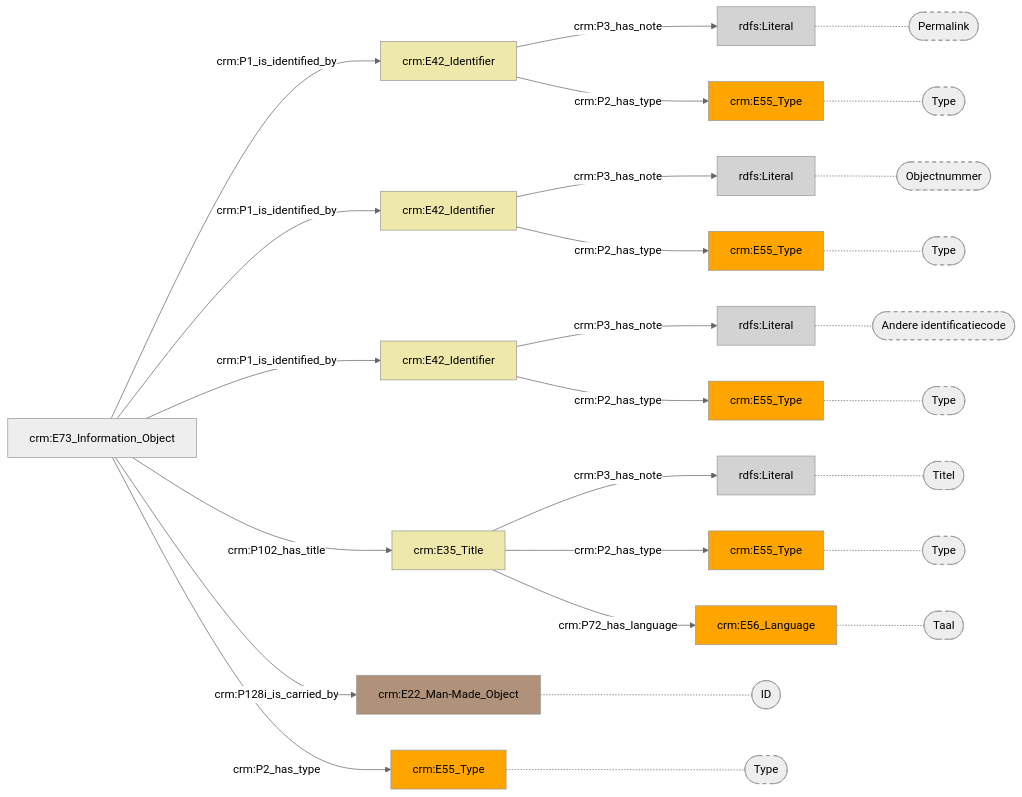
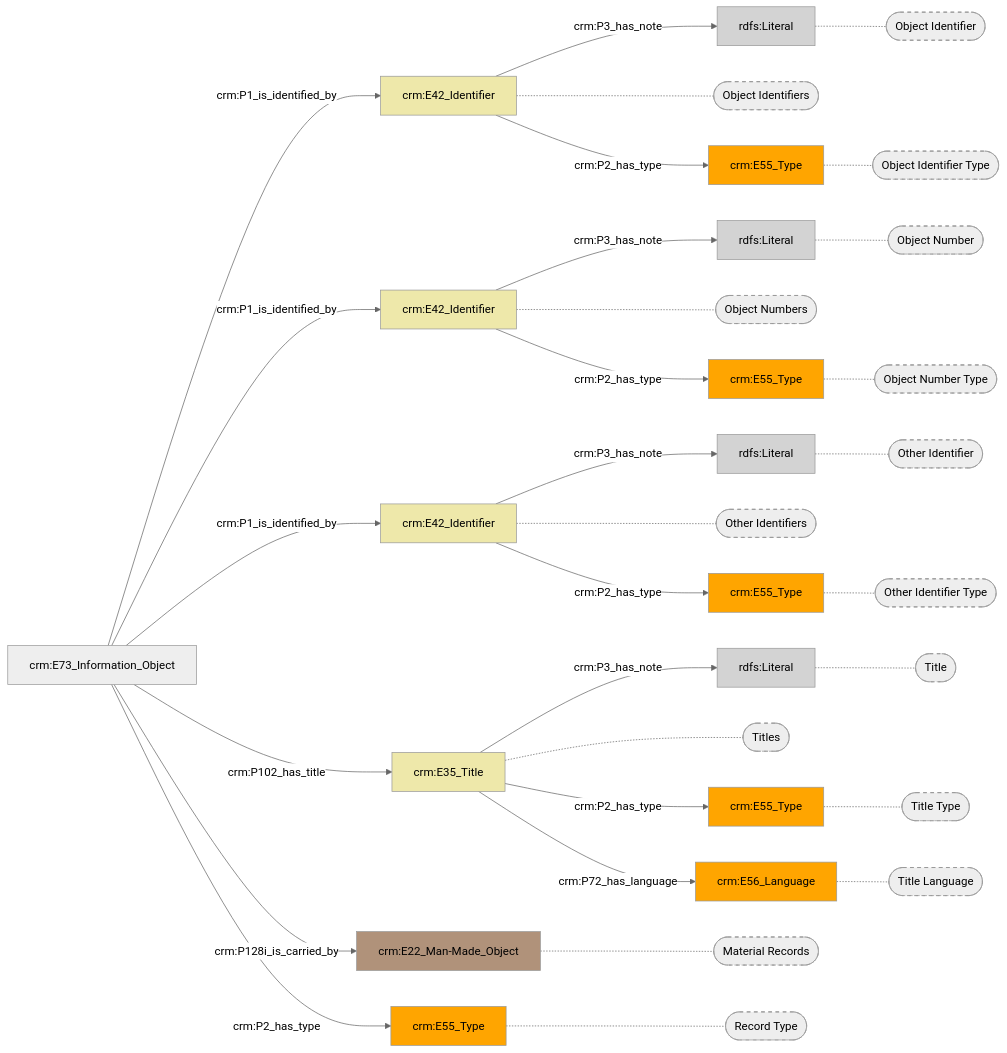
Before and after one commit to digipolisantwerpdocumentation/antwerp-cultureel-erfgoed: the diagram in docs/content/modellen/ArchiefItemImmaterieel/Identificatie.md, drawn with Mermaid (neutral theme). The commit also changed 167 other files, not shown here.

````diff
--- a/docs/content/modellen/ArchiefItemImmaterieel/Identificatie.md
+++ b/docs/content/modellen/ArchiefItemImmaterieel/Identificatie.md
@@ -1,55 +1,63 @@
 ```mermaid
 graph LR
 2f6249d8-a5fe-11ec-b19f-9cf387da2c40["crm:E42_Identifier"]-->|"crm:P3_has_note"|2f636cc8-a5fe-11ec-b19f-9cf387da2c40(rdfs:Literal)
 2f6286f0-a5fe-11ec-b19f-9cf387da2c40["crm:E42_Identifier"]-->|"crm:P3_has_note"|2f6379a2-a5fe-11ec-b19f-9cf387da2c40(rdfs:Literal)
 2f62eca8-a5fe-11ec-b19f-9cf387da2c40["crm:E42_Identifier"]-->|"crm:P3_has_note"|2f63a1ac-a5fe-11ec-b19f-9cf387da2c40(rdfs:Literal)
 2f634a2c-a5fe-11ec-b19f-9cf387da2c40["crm:E35_Title"]-->|"crm:P3_has_note"|2f635ac6-a5fe-11ec-b19f-9cf387da2c40(rdfs:Literal)
-2f636e08-a5fe-11ec-b19f-9cf387da2c40["crm:E55_Type"]-.-2f636e08-a5fe-11ec-b19f-9cf387da2c40_s(["Type"])
-2f636cc8-a5fe-11ec-b19f-9cf387da2c40["rdfs:Literal"]-.-2f636cc8-a5fe-11ec-b19f-9cf387da2c40_s(["Permalink"])
-2f637902-a5fe-11ec-b19f-9cf387da2c40["crm:E55_Type"]-.-2f637902-a5fe-11ec-b19f-9cf387da2c40_s(["Type"])
-2f6379a2-a5fe-11ec-b19f-9cf387da2c40["rdfs:Literal"]-.-2f6379a2-a5fe-11ec-b19f-9cf387da2c40_s(["Objectnummer"])
-2f63a102-a5fe-11ec-b19f-9cf387da2c40["crm:E55_Type"]-.-2f63a102-a5fe-11ec-b19f-9cf387da2c40_s(["Type"])
-2f63a1ac-a5fe-11ec-b19f-9cf387da2c40["rdfs:Literal"]-.-2f63a1ac-a5fe-11ec-b19f-9cf387da2c40_s(["Andere identificatiecode"])
-2f635c42-a5fe-11ec-b19f-9cf387da2c40["crm:E55_Type"]-.-2f635c42-a5fe-11ec-b19f-9cf387da2c40_s(["Type"])
-2f635ac6-a5fe-11ec-b19f-9cf387da2c40["rdfs:Literal"]-.-2f635ac6-a5fe-11ec-b19f-9cf387da2c40_s(["Titel"])
-2f6387a8-a5fe-11ec-b19f-9cf387da2c40["crm:E56_Language"]-.-2f6387a8-a5fe-11ec-b19f-9cf387da2c40_s(["Taal"])
-2f630f30-a5fe-11ec-b19f-9cf387da2c40["crm:E22_Man-Made_Object"]-.-2f630f30-a5fe-11ec-b19f-9cf387da2c40_s(["ID"])
-2f62577a-a5fe-11ec-b19f-9cf387da2c40["crm:E55_Type"]-.-2f62577a-a5fe-11ec-b19f-9cf387da2c40_s(["Type"])
-style 2f636e08-a5fe-11ec-b19f-9cf387da2c40_s stroke-dasharray: 5
-style 2f636cc8-a5fe-11ec-b19f-9cf387da2c40_s stroke-dasharray: 5
-style 2f637902-a5fe-11ec-b19f-9cf387da2c40_s stroke-dasharray: 5
-style 2f6379a2-a5fe-11ec-b19f-9cf387da2c40_s stroke-dasharray: 5
-style 2f63a102-a5fe-11ec-b19f-9cf387da2c40_s stroke-dasharray: 5
-style 2f63a1ac-a5fe-11ec-b19f-9cf387da2c40_s stroke-dasharray: 5
-style 2f635c42-a5fe-11ec-b19f-9cf387da2c40_s stroke-dasharray: 5
-style 2f635ac6-a5fe-11ec-b19f-9cf387da2c40_s stroke-dasharray: 5
-style 2f6387a8-a5fe-11ec-b19f-9cf387da2c40_s stroke-dasharray: 5
-style 2f630f30-a5fe-11ec-b19f-9cf387da2c40_s stroke-dasharray: 5
-style 2f62577a-a5fe-11ec-b19f-9cf387da2c40_s stroke-dasharray: 5
+2f636e08-a5fe-11ec-b19f-9cf387da2c40["crm:E55_Type"]-.-2f636e08-a5fe-11ec-b19f-9cf387da2c40_s(["Object Identifier Type"])
+2f636cc8-a5fe-11ec-b19f-9cf387da2c40["rdfs:Literal"]-.-2f636cc8-a5fe-11ec-b19f-9cf387da2c40_s(["Object Identifier"])
+2f637902-a5fe-11ec-b19f-9cf387da2c40["crm:E55_Type"]-.-2f637902-a5fe-11ec-b19f-9cf387da2c40_s(["Object Number Type"])
+2f6379a2-a5fe-11ec-b19f-9cf387da2c40["rdfs:Literal"]-.-2f6379a2-a5fe-11ec-b19f-9cf387da2c40_s(["Object Number"])
+2f63a102-a5fe-11ec-b19f-9cf387da2c40["crm:E55_Type"]-.-2f63a102-a5fe-11ec-b19f-9cf387da2c40_s(["Other Identifier Type"])
+2f63a1ac-a5fe-11ec-b19f-9cf387da2c40["rdfs:Literal"]-.-2f63a1ac-a5fe-11ec-b19f-9cf387da2c40_s(["Other Identifier"])
+2f635c42-a5fe-11ec-b19f-9cf387da2c40["crm:E55_Type"]-.-2f635c42-a5fe-11ec-b19f-9cf387da2c40_s(["Title Type"])
+2f635ac6-a5fe-11ec-b19f-9cf387da2c40["rdfs:Literal"]-.-2f635ac6-a5fe-11ec-b19f-9cf387da2c40_s(["Title"])
+2f6387a8-a5fe-11ec-b19f-9cf387da2c40["crm:E56_Language"]-.-2f6387a8-a5fe-11ec-b19f-9cf387da2c40_s(["Title Language"])
+2f6249d8-a5fe-11ec-b19f-9cf387da2c40["crm:E42_Identifier"]-.-2f6249d8-a5fe-11ec-b19f-9cf387da2c40_s(["Object Identifiers"])
+2f6286f0-a5fe-11ec-b19f-9cf387da2c40["crm:E42_Identifier"]-.-2f6286f0-a5fe-11ec-b19f-9cf387da2c40_s(["Object Numbers"])
+2f62eca8-a5fe-11ec-b19f-9cf387da2c40["crm:E42_Identifier"]-.-2f62eca8-a5fe-11ec-b19f-9cf387da2c40_s(["Other Identifiers"])
+2f634a2c-a5fe-11ec-b19f-9cf387da2c40["crm:E35_Title"]-.-2f634a2c-a5fe-11ec-b19f-9cf387da2c40_s(["Titles"])
+2f630f30-a5fe-11ec-b19f-9cf387da2c40["crm:E22_Man-Made_Object"]-.-2f630f30-a5fe-11ec-b19f-9cf387da2c40_s(["Material Records"])
+2f62577a-a5fe-11ec-b19f-9cf387da2c40["crm:E55_Type"]-.-2f62577a-a5fe-11ec-b19f-9cf387da2c40_s(["Record Type"])
 2f6249d8-a5fe-11ec-b19f-9cf387da2c40["crm:E42_Identifier"]-->|"crm:P2_has_type"|2f636e08-a5fe-11ec-b19f-9cf387da2c40["crm:E55_Type"]
 2f6286f0-a5fe-11ec-b19f-9cf387da2c40["crm:E42_Identifier"]-->|"crm:P2_has_type"|2f637902-a5fe-11ec-b19f-9cf387da2c40["crm:E55_Type"]
 2f62eca8-a5fe-11ec-b19f-9cf387da2c40["crm:E42_Identifier"]-->|"crm:P2_has_type"|2f63a102-a5fe-11ec-b19f-9cf387da2c40["crm:E55_Type"]
 2f634a2c-a5fe-11ec-b19f-9cf387da2c40["crm:E35_Title"]-->|"crm:P2_has_type"|2f635c42-a5fe-11ec-b19f-9cf387da2c40["crm:E55_Type"]
 2f634a2c-a5fe-11ec-b19f-9cf387da2c40["crm:E35_Title"]-->|"crm:P72_has_language"|2f6387a8-a5fe-11ec-b19f-9cf387da2c40["crm:E56_Language"]
 2f63ae40-a5fe-11ec-b19f-9cf387da2c40["crm:E73_Information_Object"]-->|"crm:P1_is_identified_by"|2f6249d8-a5fe-11ec-b19f-9cf387da2c40["crm:E42_Identifier"]
 2f63ae40-a5fe-11ec-b19f-9cf387da2c40["crm:E73_Information_Object"]-->|"crm:P1_is_identified_by"|2f6286f0-a5fe-11ec-b19f-9cf387da2c40["crm:E42_Identifier"]
 2f63ae40-a5fe-11ec-b19f-9cf387da2c40["crm:E73_Information_Object"]-->|"crm:P1_is_identified_by"|2f62eca8-a5fe-11ec-b19f-9cf387da2c40["crm:E42_Identifier"]
 2f63ae40-a5fe-11ec-b19f-9cf387da2c40["crm:E73_Information_Object"]-->|"crm:P102_has_title"|2f634a2c-a5fe-11ec-b19f-9cf387da2c40["crm:E35_Title"]
 2f63ae40-a5fe-11ec-b19f-9cf387da2c40["crm:E73_Information_Object"]-->|"crm:P128i_is_carried_by"|2f630f30-a5fe-11ec-b19f-9cf387da2c40["crm:E22_Man-Made_Object"]
 2f63ae40-a5fe-11ec-b19f-9cf387da2c40["crm:E73_Information_Object"]-->|"crm:P2_has_type"|2f62577a-a5fe-11ec-b19f-9cf387da2c40["crm:E55_Type"]
 style 2f6249d8-a5fe-11ec-b19f-9cf387da2c40 fill:#EEE8AA
 style 2f62577a-a5fe-11ec-b19f-9cf387da2c40 fill:#ffa500
 style 2f6286f0-a5fe-11ec-b19f-9cf387da2c40 fill:#EEE8AA
 style 2f62eca8-a5fe-11ec-b19f-9cf387da2c40 fill:#EEE8AA
 style 2f630f30-a5fe-11ec-b19f-9cf387da2c40 fill:#B0927A
 style 2f634a2c-a5fe-11ec-b19f-9cf387da2c40 fill:#EEE8AA
 style 2f635ac6-a5fe-11ec-b19f-9cf387da2c40 fill:#D3D3D3
 style 2f635c42-a5fe-11ec-b19f-9cf387da2c40 fill:#ffa500
 style 2f636cc8-a5fe-11ec-b19f-9cf387da2c40 fill:#D3D3D3
 style 2f636e08-a5fe-11ec-b19f-9cf387da2c40 fill:#ffa500
 style 2f637902-a5fe-11ec-b19f-9cf387da2c40 fill:#ffa500
 style 2f6379a2-a5fe-11ec-b19f-9cf387da2c40 fill:#D3D3D3
 style 2f6387a8-a5fe-11ec-b19f-9cf387da2c40 fill:#ffa500
 style 2f63a102-a5fe-11ec-b19f-9cf387da2c40 fill:#ffa500
 style 2f63a1ac-a5fe-11ec-b19f-9cf387da2c40 fill:#D3D3D3
+style 2f636e08-a5fe-11ec-b19f-9cf387da2c40_s stroke-dasharray: 5
+style 2f636cc8-a5fe-11ec-b19f-9cf387da2c40_s stroke-dasharray: 5
+style 2f637902-a5fe-11ec-b19f-9cf387da2c40_s stroke-dasharray: 5
+style 2f6379a2-a5fe-11ec-b19f-9cf387da2c40_s stroke-dasharray: 5
+style 2f63a102-a5fe-11ec-b19f-9cf387da2c40_s stroke-dasharray: 5
+style 2f63a1ac-a5fe-11ec-b19f-9cf387da2c40_s stroke-dasharray: 5
+style 2f635c42-a5fe-11ec-b19f-9cf387da2c40_s stroke-dasharray: 5
+style 2f635ac6-a5fe-11ec-b19f-9cf387da2c40_s stroke-dasharray: 5
+style 2f6387a8-a5fe-11ec-b19f-9cf387da2c40_s stroke-dasharray: 5
+style 2f6249d8-a5fe-11ec-b19f-9cf387da2c40_s stroke-dasharray: 5
+style 2f6286f0-a5fe-11ec-b19f-9cf387da2c40_s stroke-dasharray: 5
+style 2f62eca8-a5fe-11ec-b19f-9cf387da2c40_s stroke-dasharray: 5
+style 2f634a2c-a5fe-11ec-b19f-9cf387da2c40_s stroke-dasharray: 5
+style 2f630f30-a5fe-11ec-b19f-9cf387da2c40_s stroke-dasharray: 5
+style 2f62577a-a5fe-11ec-b19f-9cf387da2c40_s stroke-dasharray: 5
 ```
````
